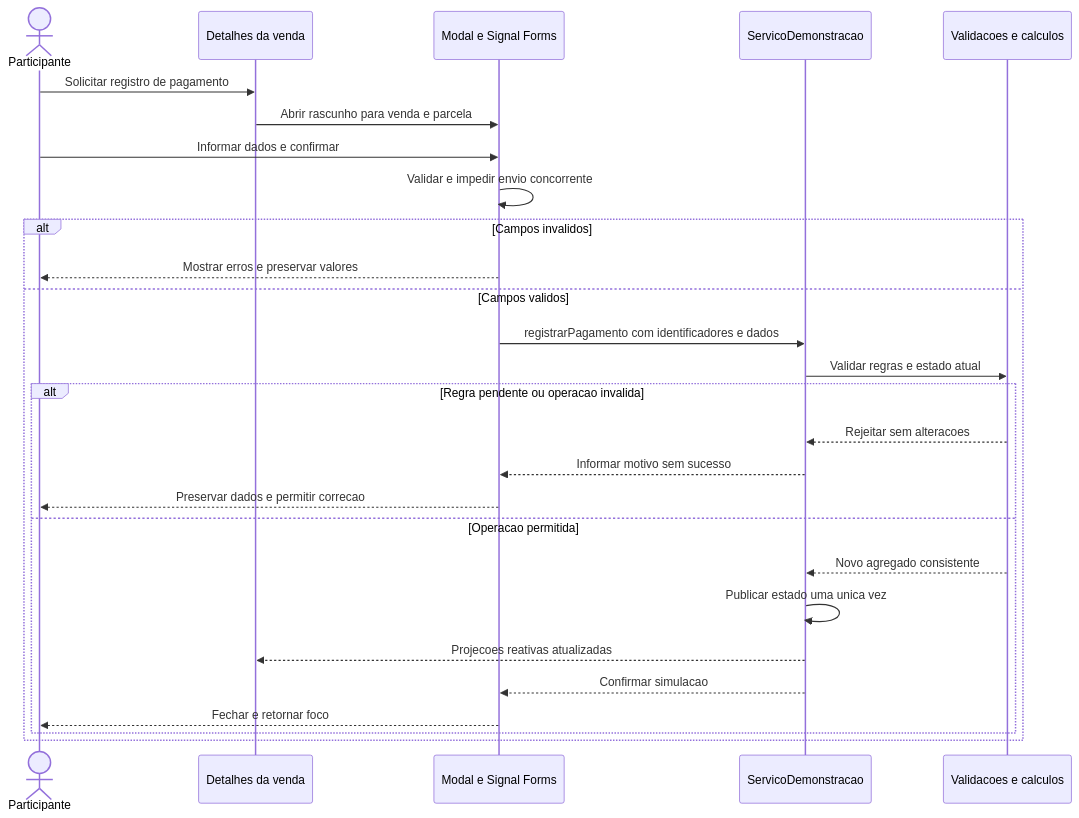
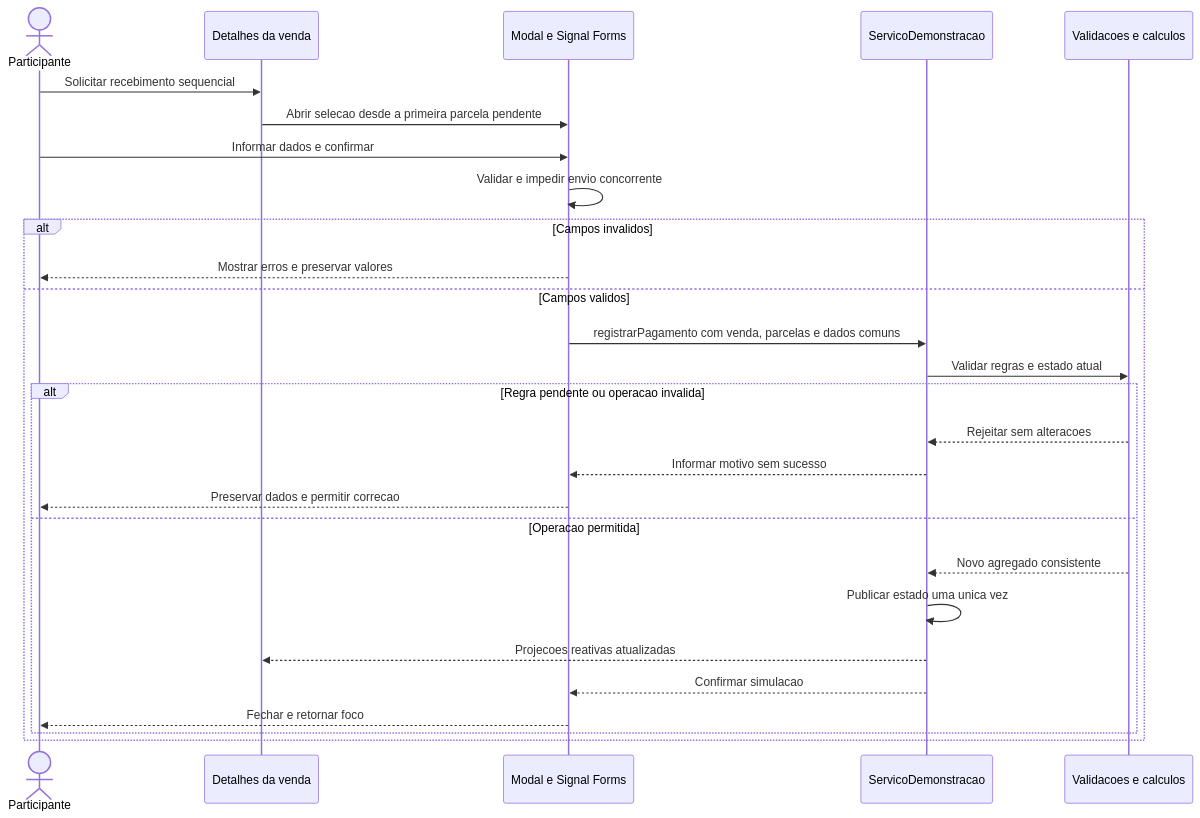
The third of 3 diagrams in docs/tdd/tdd.md (Thig0S/TCC-Academia---Programation), drawn with Mermaid before and after one commit. The commit also changed other lines of this file and 8 other files, not shown here.

````diff
--- a/docs/tdd/tdd.md
+++ b/docs/tdd/tdd.md
@@ -398,29 +410,29 @@
 ```mermaid
 sequenceDiagram
   actor Pessoa as Participante
   participant Tela as Detalhes da venda
   participant Modal as Modal e Signal Forms
   participant Fonte as ServicoDemonstracao
   participant Calculos as Validacoes e calculos
-  Pessoa->>Tela: Solicitar registro de pagamento
-  Tela->>Modal: Abrir rascunho para venda e parcela
+  Pessoa->>Tela: Solicitar recebimento sequencial
+  Tela->>Modal: Abrir selecao desde a primeira parcela pendente
   Pessoa->>Modal: Informar dados e confirmar
   Modal->>Modal: Validar e impedir envio concorrente
   alt Campos invalidos
     Modal-->>Pessoa: Mostrar erros e preservar valores
   else Campos validos
-    Modal->>Fonte: registrarPagamento com identificadores e dados
+    Modal->>Fonte: registrarPagamento com venda, parcelas e dados comuns
     Fonte->>Calculos: Validar regras e estado atual
     alt Regra pendente ou operacao invalida
       Calculos-->>Fonte: Rejeitar sem alteracoes
       Fonte-->>Modal: Informar motivo sem sucesso
       Modal-->>Pessoa: Preservar dados e permitir correcao
     else Operacao permitida
       Calculos-->>Fonte: Novo agregado consistente
       Fonte->>Fonte: Publicar estado uma unica vez
       Fonte-->>Tela: Projecoes reativas atualizadas
       Fonte-->>Modal: Confirmar simulacao
       Modal-->>Pessoa: Fechar e retornar foco
     end
   end
 ```
````
